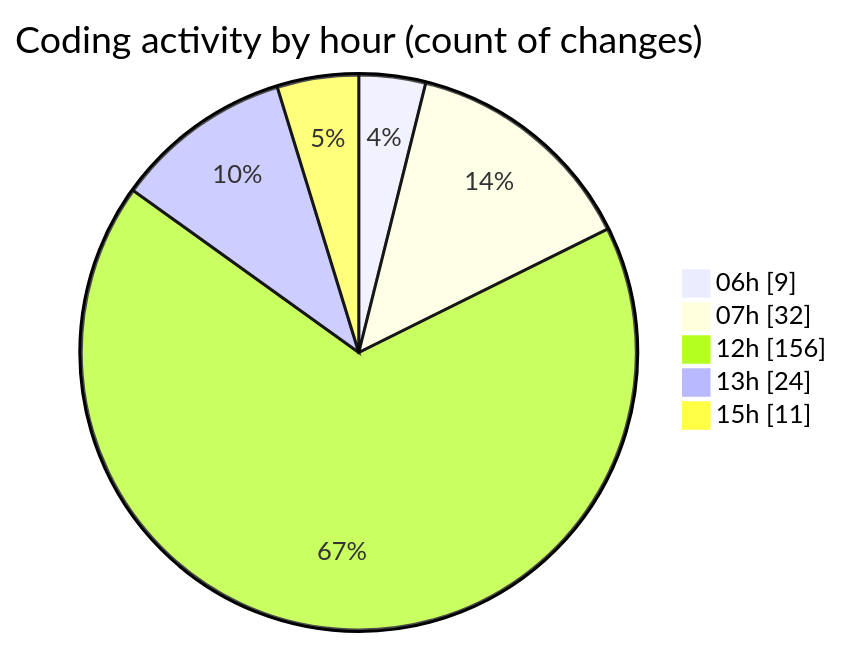
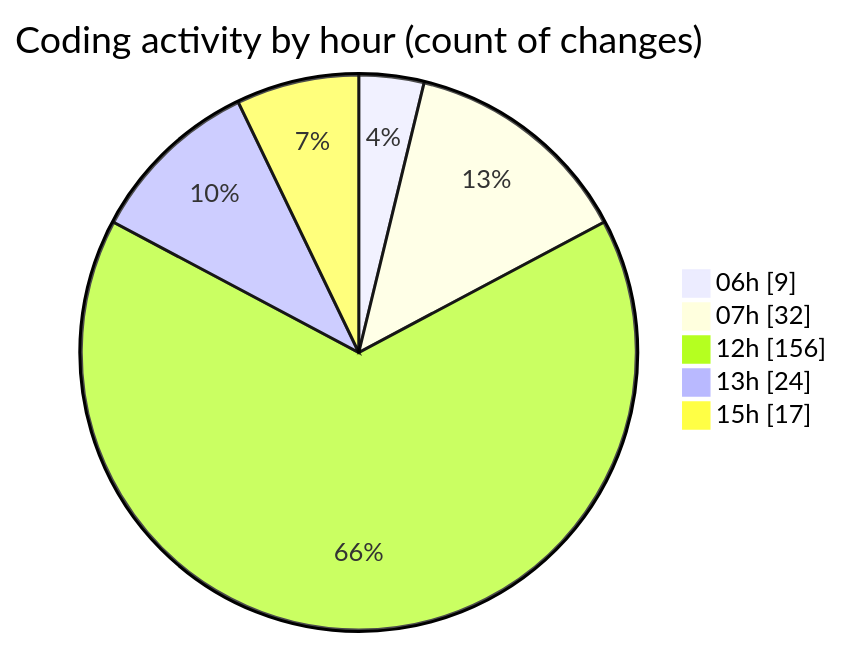
One commit to robertbonfada/code-tracking changed the second of 2 diagrams in 2025-02-18/mbc-web/README.md. Above: the diagram before and after it, drawn with Mermaid. The commit also changed other lines of this file and 1 other file, not shown here.

````diff
--- a/2025-02-18/mbc-web/README.md
+++ b/2025-02-18/mbc-web/README.md
@@ -146,9 +146,9 @@
 ```mermaid
 pie showData
 title Coding activity by hour (count of changes)
 "06h" : 9
 "07h" : 32
 "12h" : 156
 "13h" : 24
-"15h" : 11
+"15h" : 17
 ```
````
